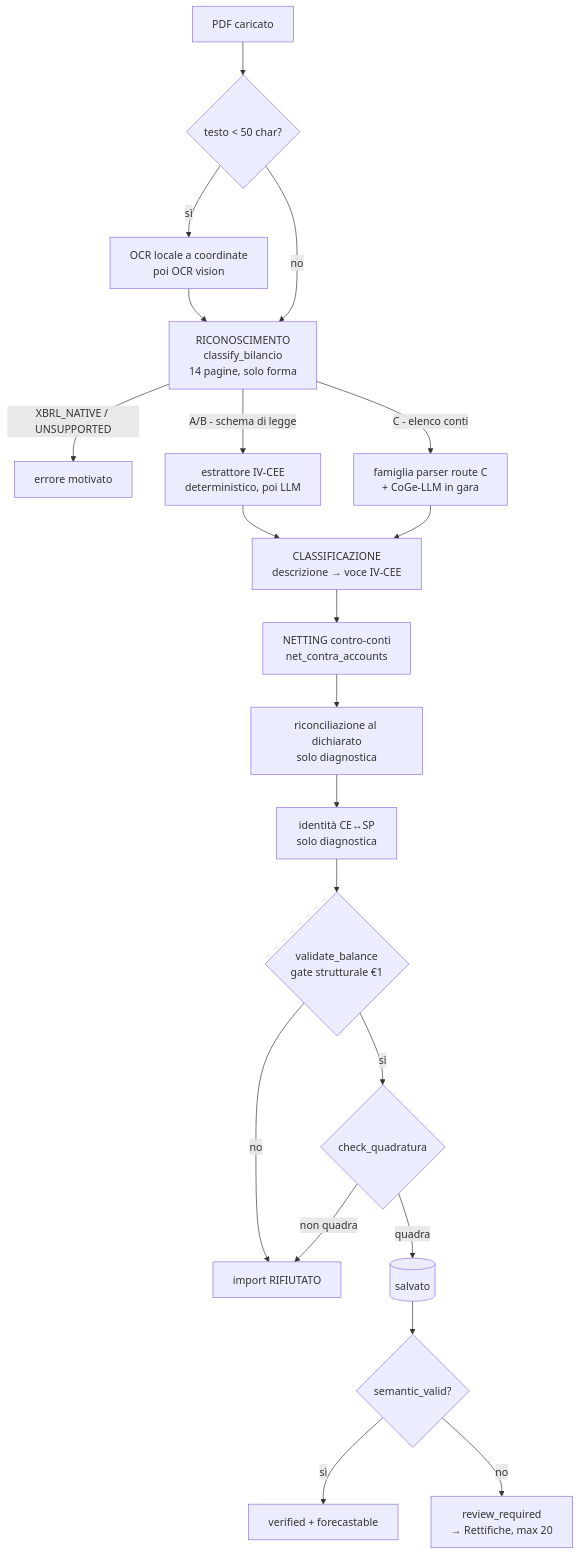
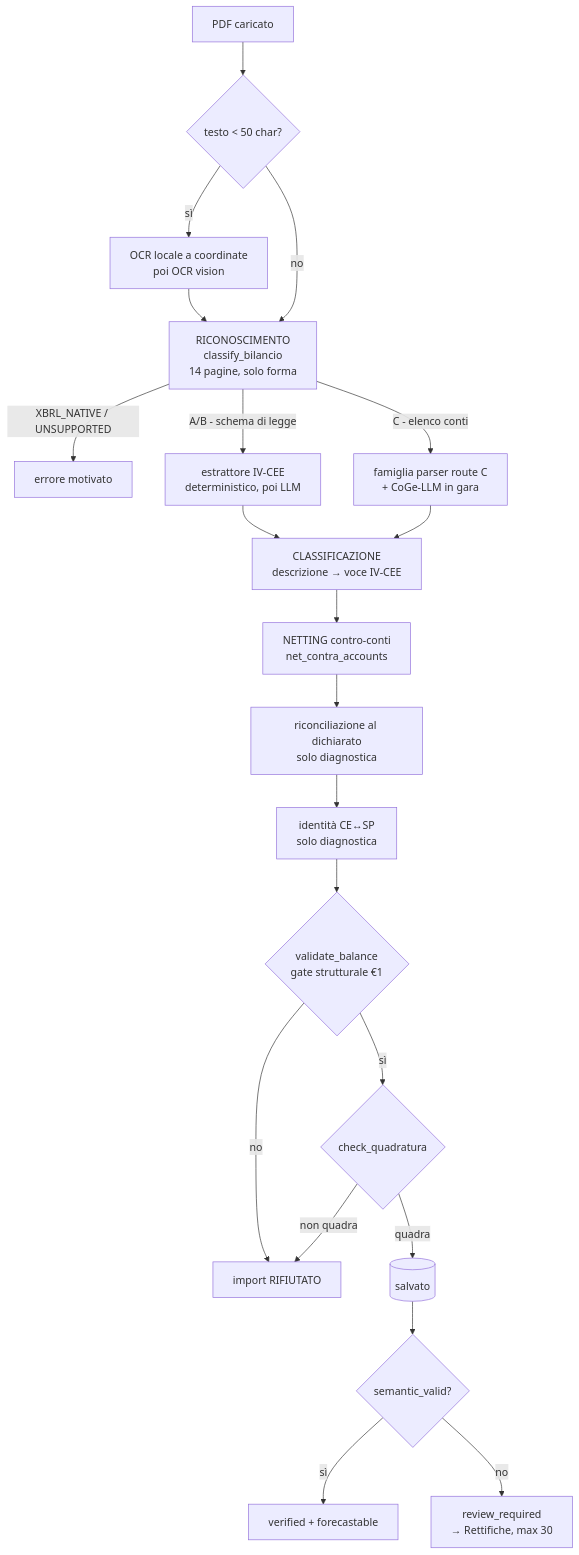
Before and after one commit to XrayFinanceDEV/xbrlbudget: the diagram in docs/import/SCHEMA-RICONOSCIMENTO-CLASSIFICAZIONE-NETTING.md, drawn with Mermaid.

Commit message:
docs(allineamento): correzioni dimostrabili

````diff
--- a/docs/import/SCHEMA-RICONOSCIMENTO-CLASSIFICAZIONE-NETTING.md
+++ b/docs/import/SCHEMA-RICONOSCIMENTO-CLASSIFICAZIONE-NETTING.md
@@ -25,22 +25,22 @@
 ```mermaid
 flowchart TD
     F[PDF caricato] --> S{testo < 50 char?}
     S -->|sì| OCR[OCR locale a coordinate<br/>poi OCR vision] --> R
     S -->|no| R[RICONOSCIMENTO<br/>classify_bilancio<br/>14 pagine, solo forma]
     R -->|XBRL_NATIVE / UNSUPPORTED| STOP[errore motivato]
     R -->|A/B - schema di legge| IVCEE[estrattore IV-CEE<br/>deterministico, poi LLM]
     R -->|C - elenco conti| TRIAL[famiglia parser route C<br/>+ CoGe-LLM in gara]
     IVCEE --> CLS
     TRIAL --> CLS[CLASSIFICAZIONE<br/>descrizione → voce IV-CEE]
     CLS --> NET[NETTING contro-conti<br/>net_contra_accounts]
     NET --> REC[riconciliazione al dichiarato<br/>solo diagnostica]
     REC --> ID[identità CE↔SP<br/>solo diagnostica]
     ID --> G1{validate_balance<br/>gate strutturale €1}
     G1 -->|no| REJ[import RIFIUTATO]
     G1 -->|sì| G2{check_quadratura}
     G2 -->|non quadra| REJ
     G2 -->|quadra| DB[(salvato)]
     DB --> SEM{semantic_valid?}
     SEM -->|sì| OK[verified + forecastable]
-    SEM -->|no| RW[review_required<br/>→ Rettifiche, max 20]
+    SEM -->|no| RW[review_required<br/>→ Rettifiche, max 30]
 ```
````
